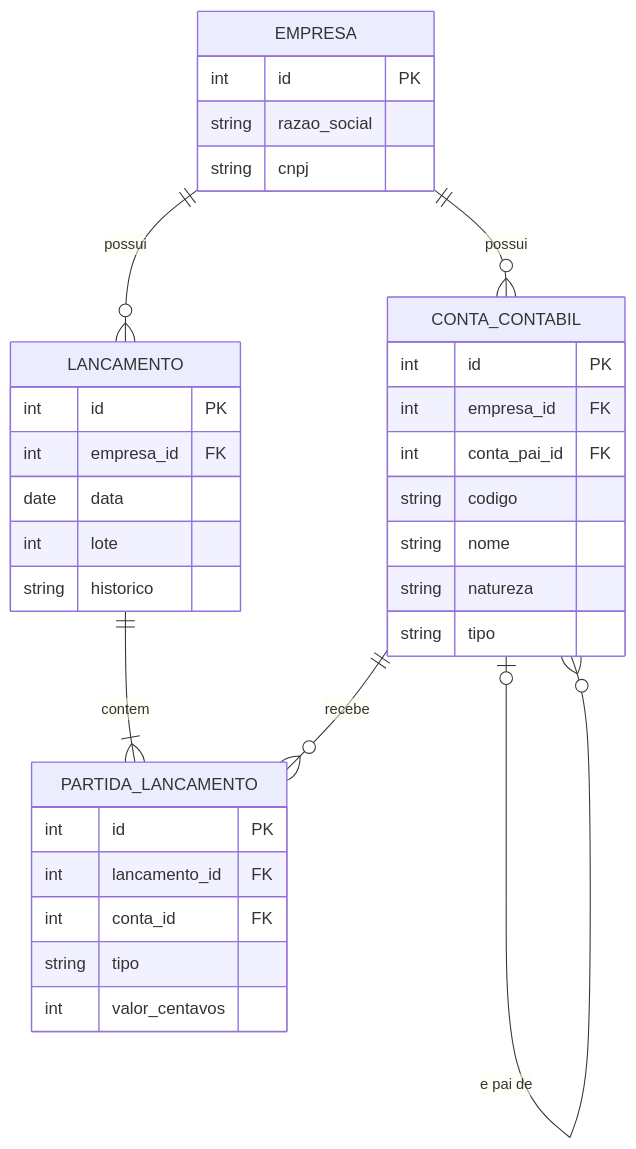
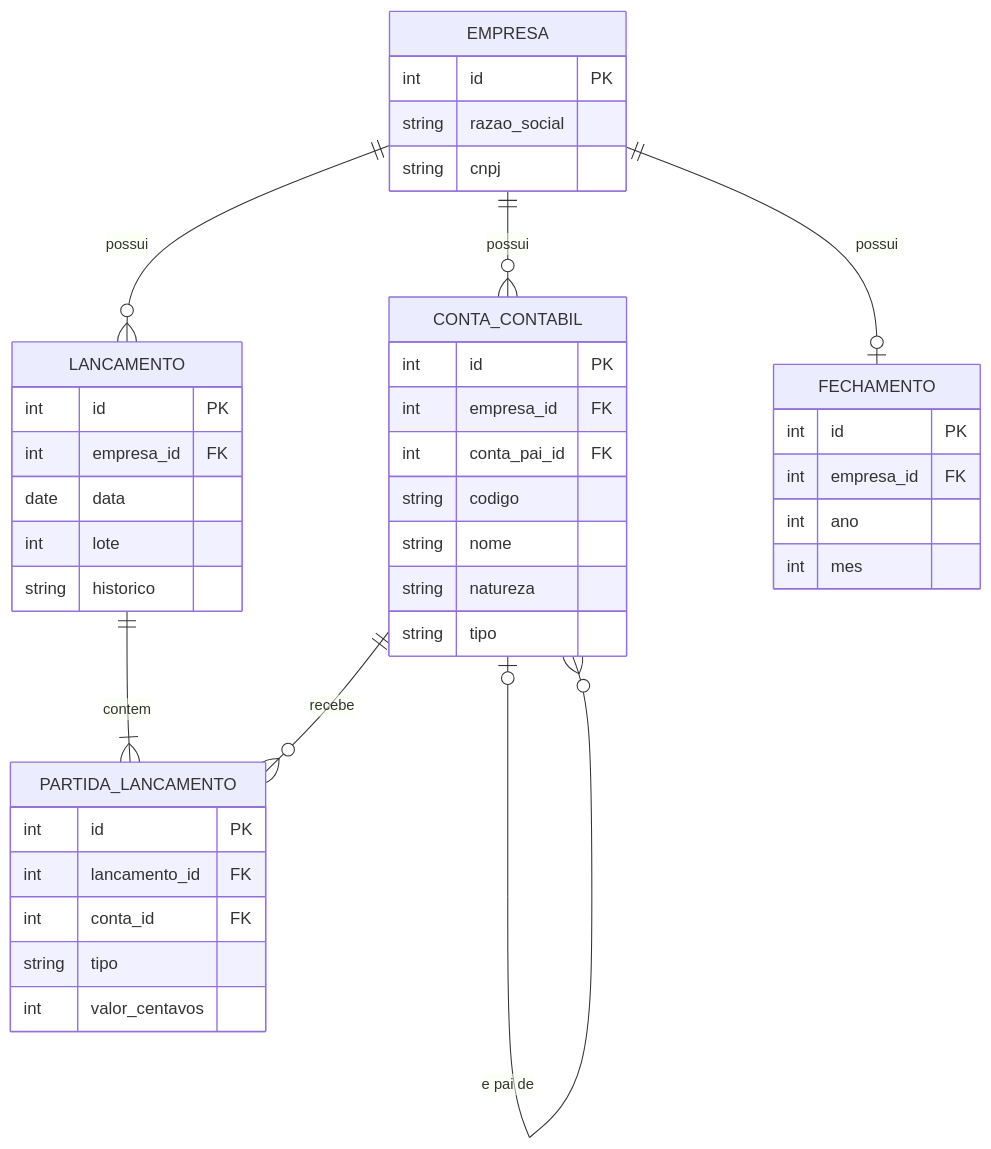
One commit to Gary-Rainer-Chumacero-Vanderlei/ledger-fpa changed the diagram in docs/modelo-dados.md. Above: the diagram before and after it, drawn with Mermaid. The commit also changed other lines of this file and 2 other files, not shown here.

Commit message:
docs: atualiza CHANGELOG, README e modelo de dados com o fechamento de período (#73)
* docs: registra o fechamento de período no CHANGELOG

* docs: atualiza status e estrutura no README

* docs: acrescenta o fechamento ao modelo de dados

````diff
--- a/docs/modelo-dados.md
+++ b/docs/modelo-dados.md
@@ -7,40 +7,48 @@
 ```mermaid
 erDiagram
     EMPRESA ||--o{ CONTA_CONTABIL : possui
     EMPRESA ||--o{ LANCAMENTO : possui
     LANCAMENTO ||--|{ PARTIDA_LANCAMENTO : contem
     CONTA_CONTABIL ||--o{ PARTIDA_LANCAMENTO : recebe
     CONTA_CONTABIL |o--o{ CONTA_CONTABIL : "e pai de"
+    EMPRESA ||--o| FECHAMENTO : possui
 
     EMPRESA {
         int id PK
         string razao_social
         string cnpj
     }
 
     CONTA_CONTABIL {
         int id PK
         int empresa_id FK
         int conta_pai_id FK
         string codigo
         string nome
         string natureza
         string tipo
     }
 
     LANCAMENTO {
         int id PK
         int empresa_id FK
         date data
         int lote
         string historico
     }
 
     PARTIDA_LANCAMENTO {
         int id PK
         int lancamento_id FK
         int conta_id FK
         string tipo
         int valor_centavos
     }
+
+        FECHAMENTO {
+        int id PK
+        int empresa_id FK
+        int ano
+        int mes
+    }
 ```
````
